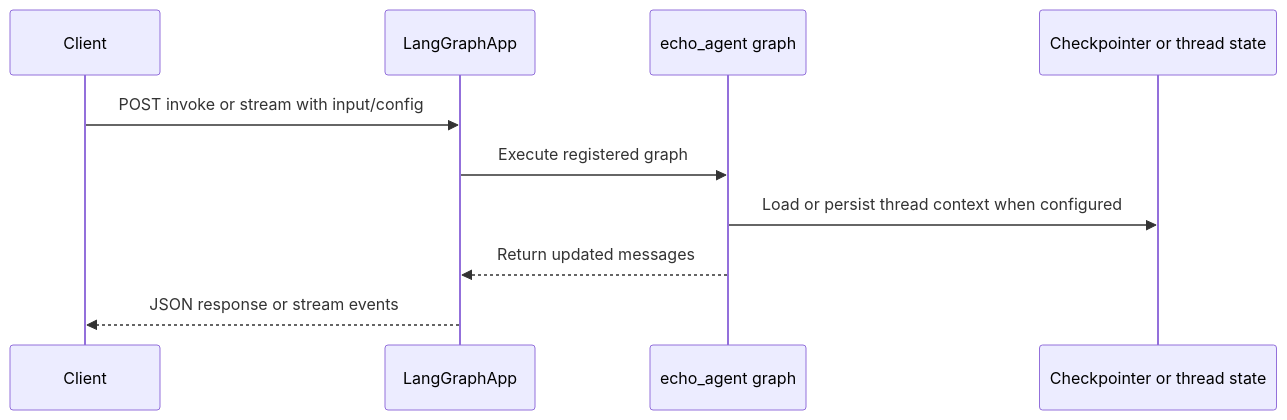
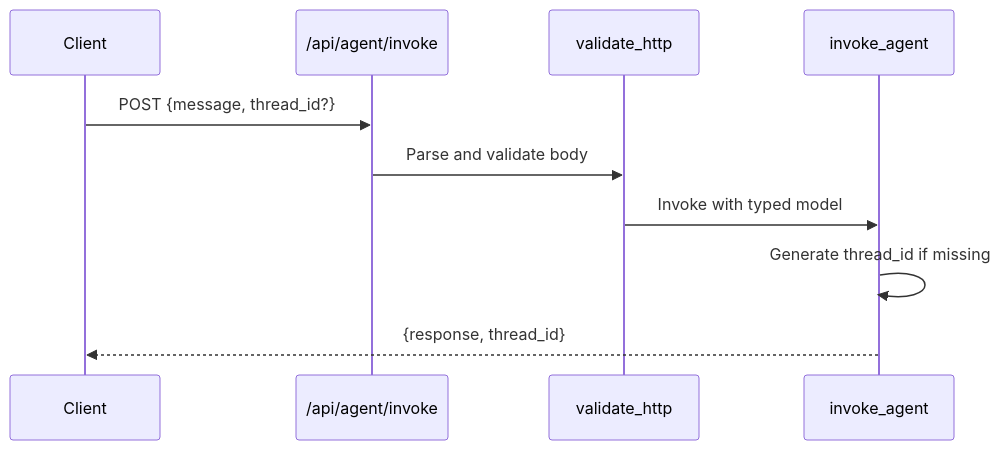
One commit to yeongseon/azure-functions-python-cookbook changed the second of 2 diagrams in docs/patterns/ai-and-agents/langgraph-agent.md. Above: the diagram before and after it, drawn with Mermaid. The commit also changed other lines of this file and 129 other files, not shown here.

````diff
--- a/docs/patterns/ai-and-agents/langgraph-agent.md
+++ b/docs/patterns/ai-and-agents/langgraph-agent.md
@@ -106,13 +146,13 @@
 ```mermaid
 sequenceDiagram
     participant Client
-    participant App as LangGraphApp
-    participant Graph as echo_agent graph
-    participant Store as Checkpointer or thread state
+    participant Route as /api/agent/invoke
+    participant Validation as validate_http
+    participant Handler as invoke_agent
 
-    Client->>App: POST invoke or stream with input/config
-    App->>Graph: Execute registered graph
-    Graph->>Store: Load or persist thread context when configured
-    Graph-->>App: Return updated messages
-    App-->>Client: JSON response or stream events
+    Client->>Route: POST {message, thread_id?}
+    Route->>Validation: Parse and validate body
+    Validation->>Handler: Invoke with typed model
+    Handler->>Handler: Generate thread_id if missing
+    Handler-->>Client: {response, thread_id}
 ```
````
